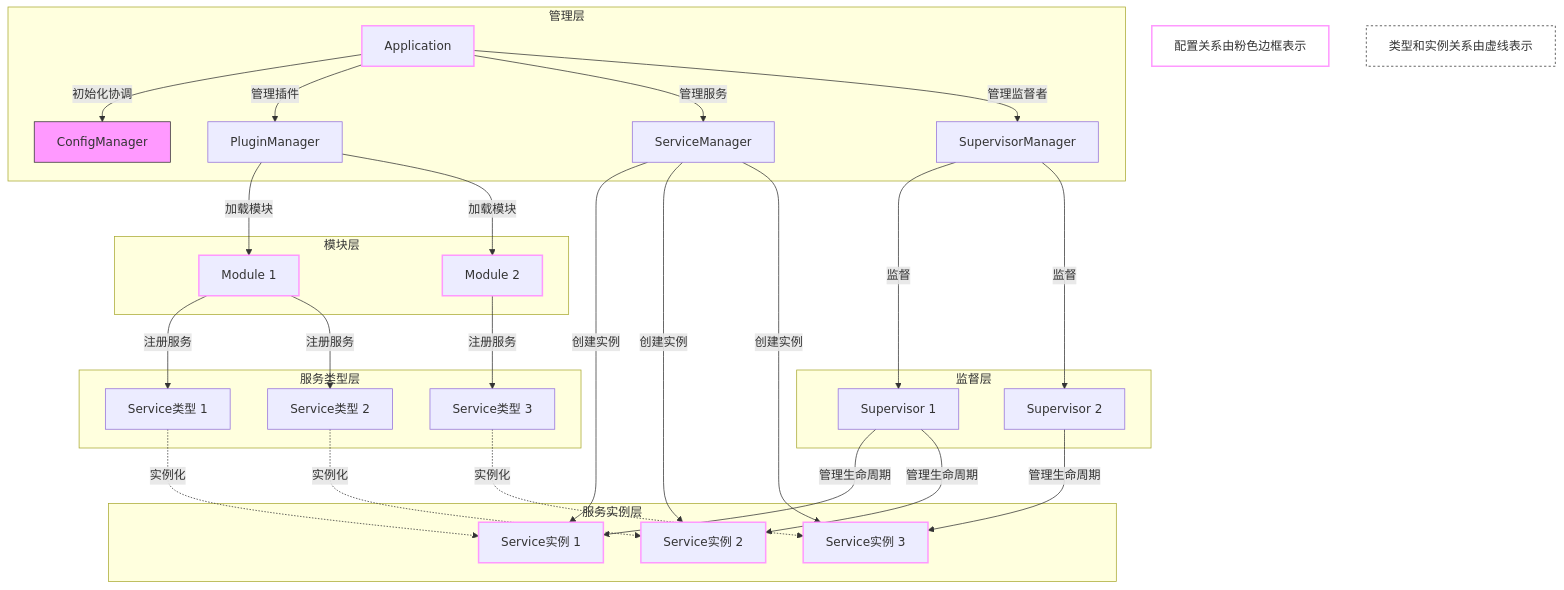
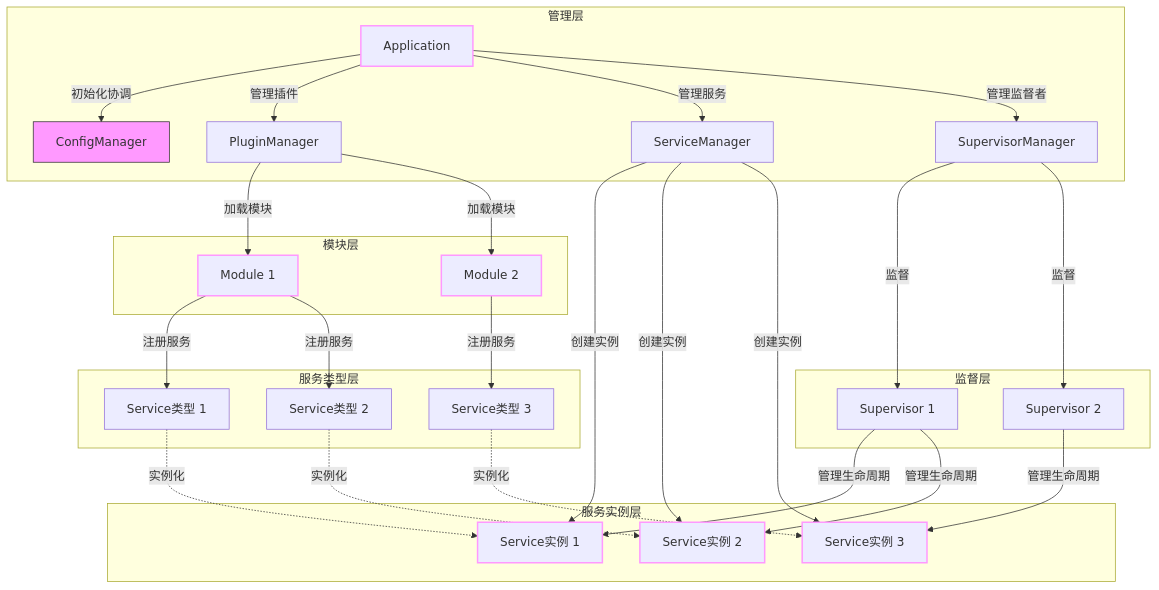
One commit to RobertJYang/libmcpp changed the second of 2 diagrams in docs/1.overview.md. Above: the diagram before and after it, drawn with Mermaid. The commit also changed 6 other files, not shown here.

````diff
--- a/docs/1.overview.md
+++ b/docs/1.overview.md
@@ -262,17 +262,4 @@
     style SI1 stroke:#f9f,stroke-width:2px
     style SI2 stroke:#f9f,stroke-width:2px
     style SI3 stroke:#f9f,stroke-width:2px
-    
-    %% 添加图例说明
-    classDef configRelated stroke:#f9f,stroke-width:2px
-    class ConfigLegend configRelated
-    
-    ConfigLegend[配置关系由粉色边框表示]
-    style ConfigLegend fill:white,stroke:#f9f,stroke-width:2px
-    
-    %% 增加类型和实例关系的图例
-    TypeInstanceLegend[类型和实例关系由虚线表示]
-    style TypeInstanceLegend fill:white,stroke:#333,stroke-width:1px,stroke-dasharray: 3 3
-    classDef typeInstanceRelation stroke-dasharray: 3 3
-    class TypeInstanceLegend typeInstanceRelation
 ```
````
